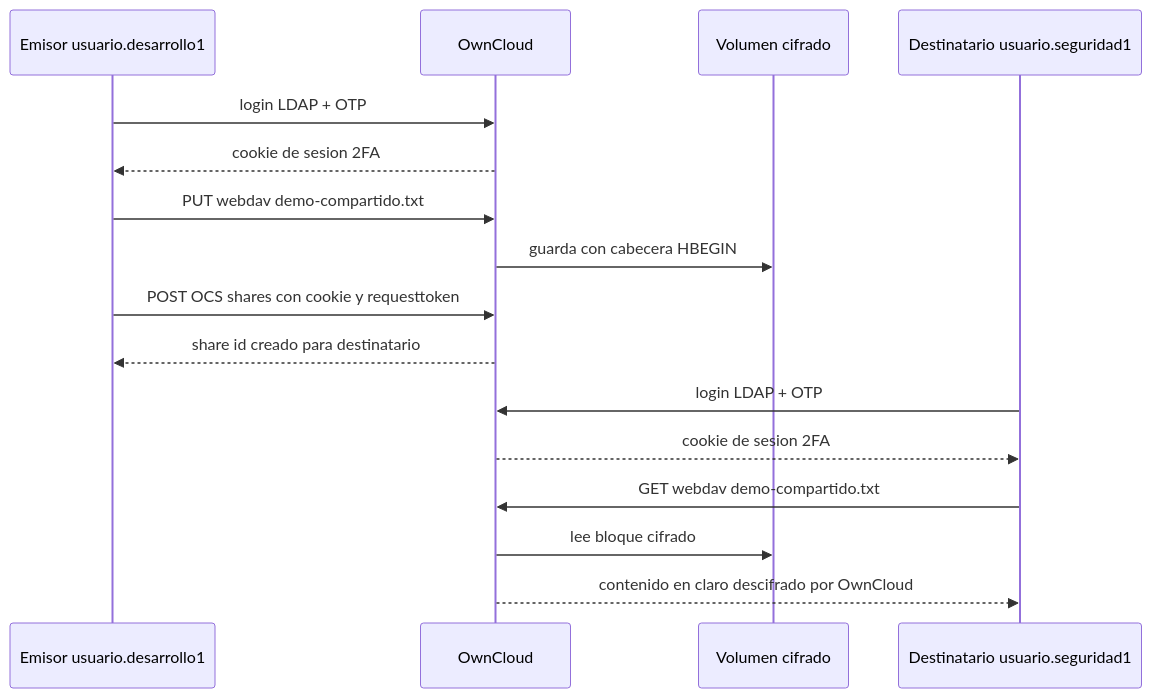
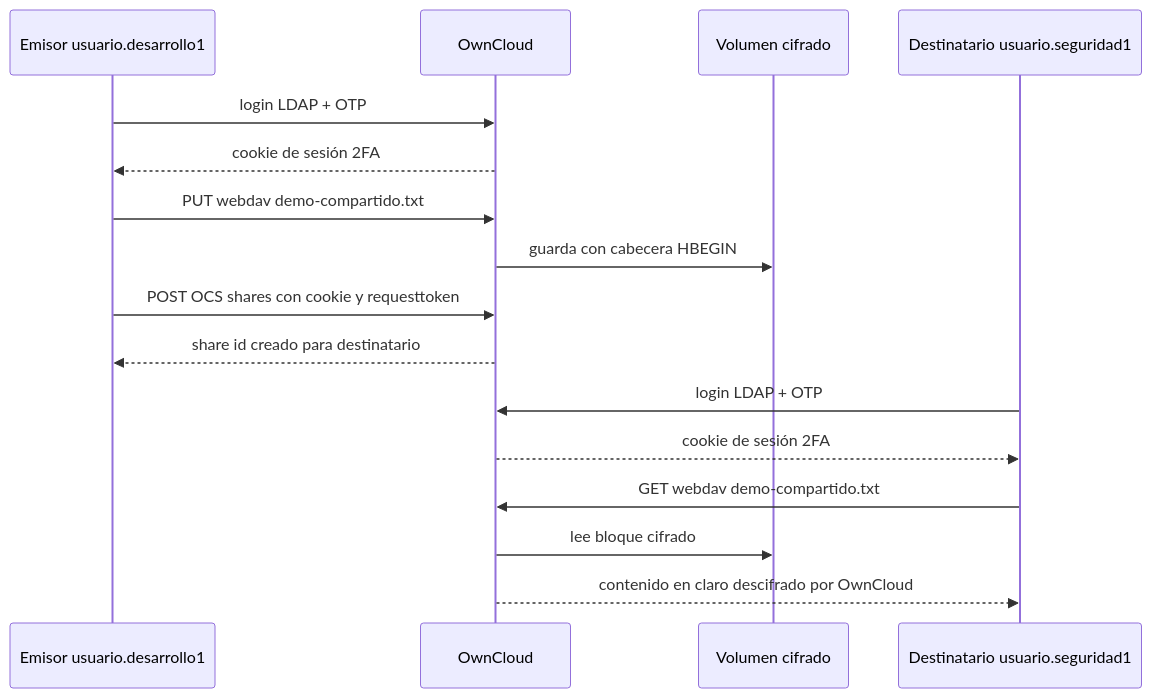
One commit to chochy2001/otp-secured-cloud changed the second of 2 diagrams in docs/memoria-tecnica.md. Above: the diagram before and after it, drawn with Mermaid. The commit also changed other lines of this file and 5 other files, not shown here.

````diff
--- a/docs/memoria-tecnica.md
+++ b/docs/memoria-tecnica.md
@@ -170,19 +170,19 @@
 ```mermaid
 sequenceDiagram
   participant E as Emisor usuario.desarrollo1
   participant OC as OwnCloud
   participant FS as Volumen cifrado
   participant D as Destinatario usuario.seguridad1
 
   E->>OC: login LDAP + OTP
-  OC-->>E: cookie de sesion 2FA
+  OC-->>E: cookie de sesión 2FA
   E->>OC: PUT webdav demo-compartido.txt
   OC->>FS: guarda con cabecera HBEGIN
   E->>OC: POST OCS shares con cookie y requesttoken
   OC-->>E: share id creado para destinatario
   D->>OC: login LDAP + OTP
-  OC-->>D: cookie de sesion 2FA
+  OC-->>D: cookie de sesión 2FA
   D->>OC: GET webdav demo-compartido.txt
   OC->>FS: lee bloque cifrado
   OC-->>D: contenido en claro descifrado por OwnCloud
 ```
````
